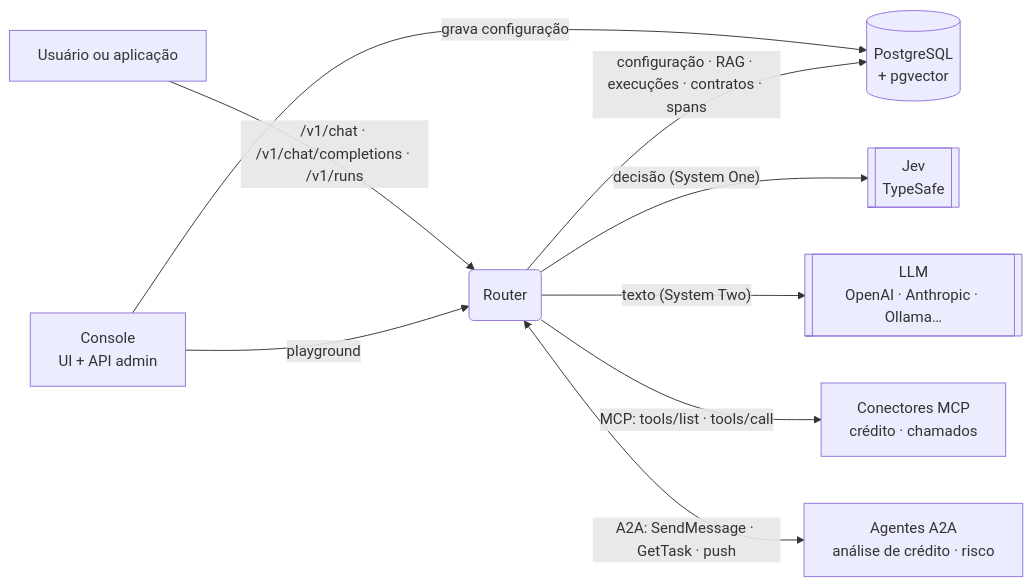
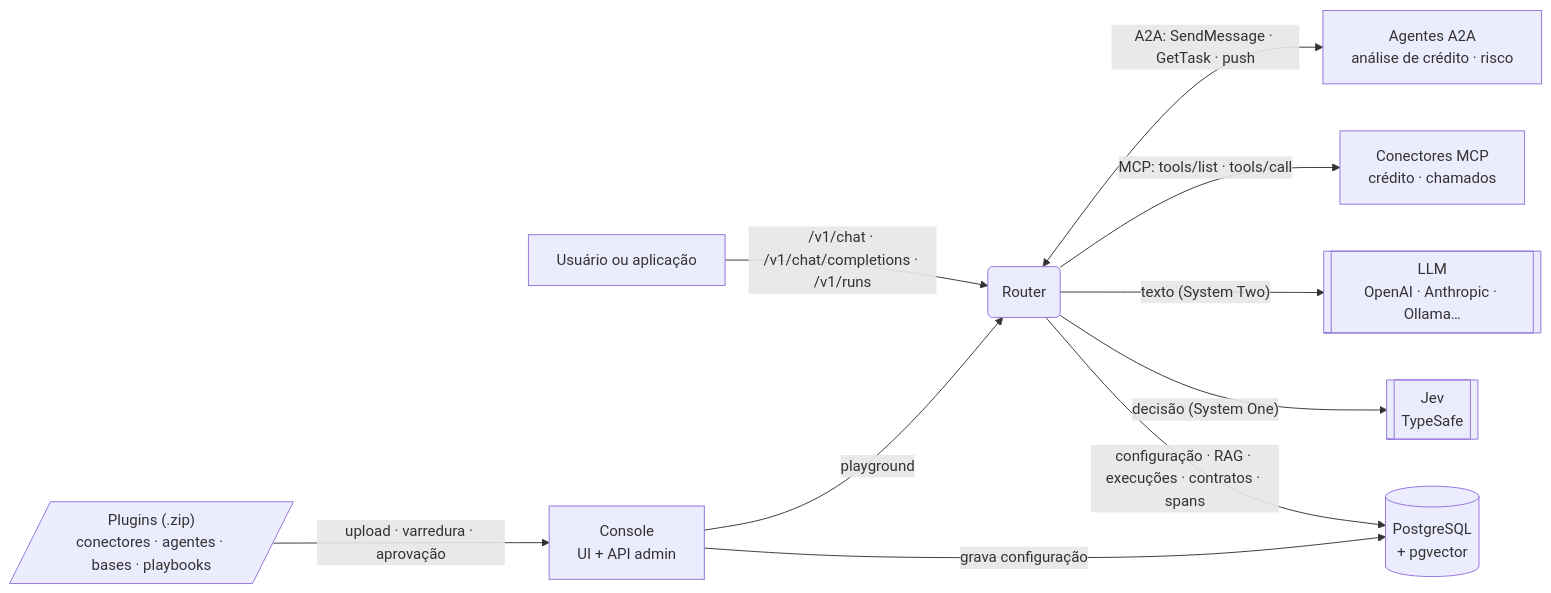
Before and after one commit to mavboas/switchboard: the diagram in README.md, drawn with Mermaid. The commit also changed other lines of this file and 6 other files, not shown here.

````diff
--- a/README.md
+++ b/README.md
@@ -22,11 +24,12 @@
 ```mermaid
 flowchart LR
     U[Usuário ou aplicação] -->|"/v1/chat · /v1/chat/completions · /v1/runs"| R(Router)
     C["Console<br/>UI + API admin"] -->|grava configuração| DB[("PostgreSQL<br/>+ pgvector")]
     R -->|"configuração · RAG · execuções · contratos · spans"| DB
     R -->|"decisão (System One)"| J[["Jev<br/>TypeSafe"]]
     R -->|"texto (System Two)"| L[["LLM<br/>OpenAI · Anthropic · Ollama…"]]
     R -->|"MCP: tools/list · tools/call"| M["Conectores MCP<br/>crédito · chamados"]
     R <-->|"A2A: SendMessage · GetTask · push"| A["Agentes A2A<br/>análise de crédito · risco"]
     C -->|playground| R
+    P[/"Plugins (.zip)<br/>conectores · agentes · bases · playbooks"/] -->|"upload · varredura · aprovação"| C
 ```
````
